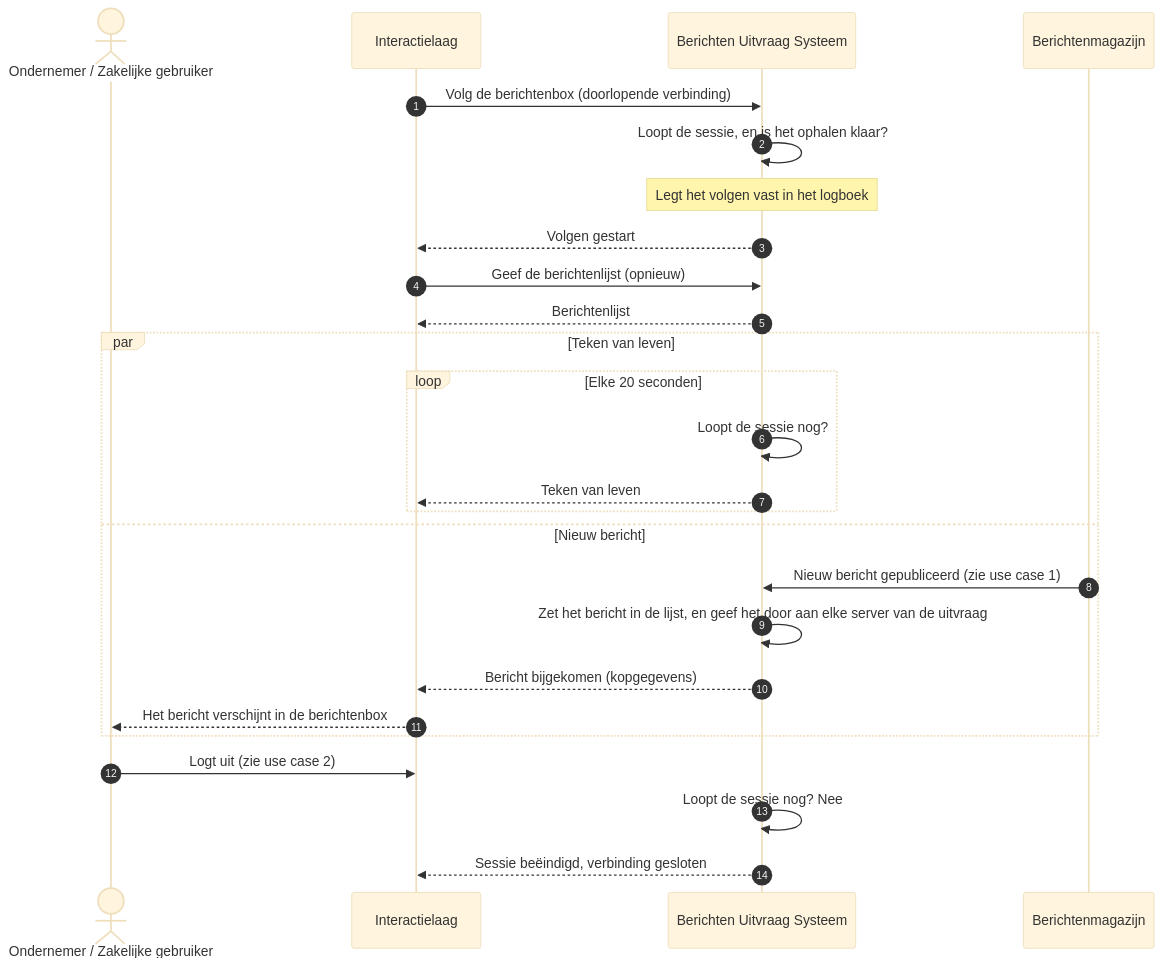
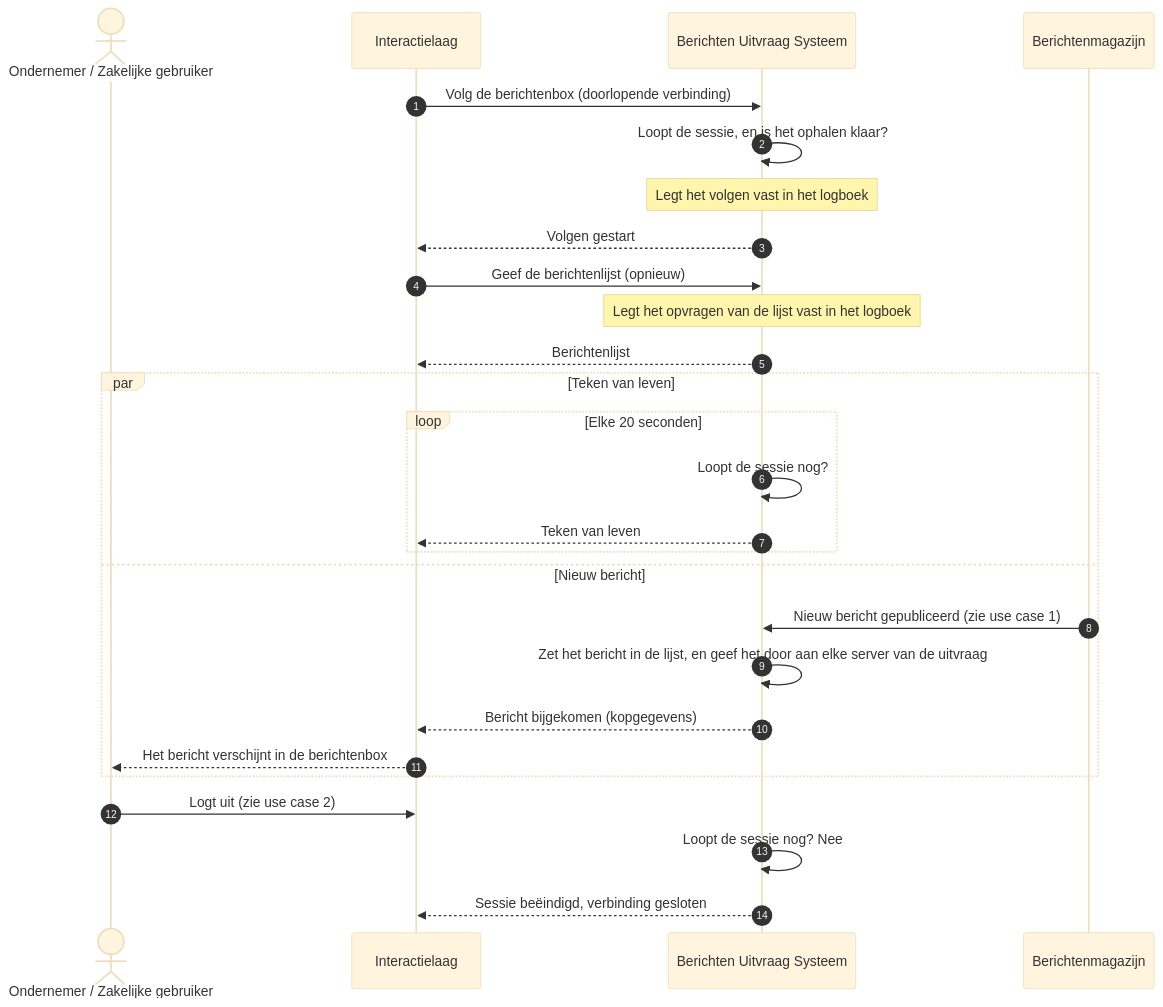
The diagram in docs/architecture/workspace-docs/07-uc3-nieuwe-berichten-volgen.md (MinBZK/moza-poc-fbs-berichtenbox), drawn with Mermaid (base theme) before and after one commit. The commit also changed 10 other files, not shown here.

First line of the commit message:
fix: reviewronde 4, guard op een strikte deelverzameling van Mermaid

````diff
--- a/docs/architecture/workspace-docs/07-uc3-nieuwe-berichten-volgen.md
+++ b/docs/architecture/workspace-docs/07-uc3-nieuwe-berichten-volgen.md
@@ -32,31 +32,32 @@
 ```mermaid
 sequenceDiagram
     autonumber
     actor OND as Ondernemer / Zakelijke gebruiker
     participant IL as Interactielaag
     participant FBS as Berichten Uitvraag Systeem
     participant MAG as Berichtenmagazijn
 
     IL->>FBS: Volg de berichtenbox (doorlopende verbinding)
     FBS->>FBS: Loopt de sessie, en is het ophalen klaar?
     Note over FBS: Legt het volgen vast in het logboek
     FBS-->>IL: Volgen gestart
     IL->>FBS: Geef de berichtenlijst (opnieuw)
+    Note over FBS: Legt het opvragen van de lijst vast in het logboek
     FBS-->>IL: Berichtenlijst
 
     par Teken van leven
         loop Elke 20 seconden
             FBS->>FBS: Loopt de sessie nog?
             FBS-->>IL: Teken van leven
         end
     and Nieuw bericht
         MAG->>FBS: Nieuw bericht gepubliceerd (zie use case 1)
         FBS->>FBS: Zet het bericht in de lijst, en geef het door aan elke server van de uitvraag
         FBS-->>IL: Bericht bijgekomen (kopgegevens)
         IL-->>OND: Het bericht verschijnt in de berichtenbox
     end
 
     OND->>IL: Logt uit (zie use case 2)
     FBS->>FBS: Loopt de sessie nog? Nee
     FBS-->>IL: Sessie beëindigd, verbinding gesloten
 ```
````
